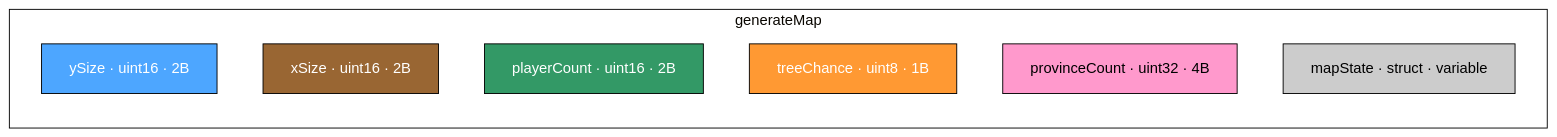
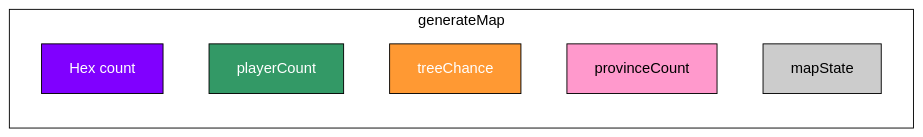
Before and after one commit to Kseroten1/Multiyoy: the second of 2 diagrams in readme.md, drawn with Mermaid (base theme). The commit also changed other lines of this file, not shown here.

Commit message:
mapStateABI and generateMap structure

````diff
--- a/readme.md
+++ b/readme.md
@@ -72,21 +178,19 @@
 ```mermaid
 flowchart LR
     subgraph generateMap [generateMap]
         direction TB
-        A[ySize · uint16 · 2B]:::blue
-        B[xSize · uint16 · 2B]:::brown
-        C[playerCount · uint16 · 2B]:::green
-        D[treeChance · uint8 · 1B]:::orange
-        E[provinceCount · uint32 · 4B]:::pink
-        F[mapState · struct · variable]:::gray
+        A[Hex count]:::purple
+        B[playerCount]:::green
+        C[treeChance]:::orange
+        D[provinceCount]:::pink
+        E[mapState]:::gray
     end
 
-    classDef blue fill:#4da6ff,stroke:#000,color:#fff;
-    classDef brown fill:#996633,stroke:#000,color:#fff;
+    classDef purple fill:#8000ff,stroke:#000,color:#fff;
     classDef green fill:#339966,stroke:#000,color:#fff;
     classDef orange fill:#ff9933,stroke:#000,color:#fff;
     classDef pink fill:#ff99cc,stroke:#000,color:#000;
     classDef gray fill:#cccccc,stroke:#000,color:#000;
 
-    style generateMap fill:#ffffff,stroke:#000,stroke-width:1px,color:#000;```
+    style generateMap fill:#ffffff,stroke:#000,stroke-width:1px,color:#000;
 ```
````
